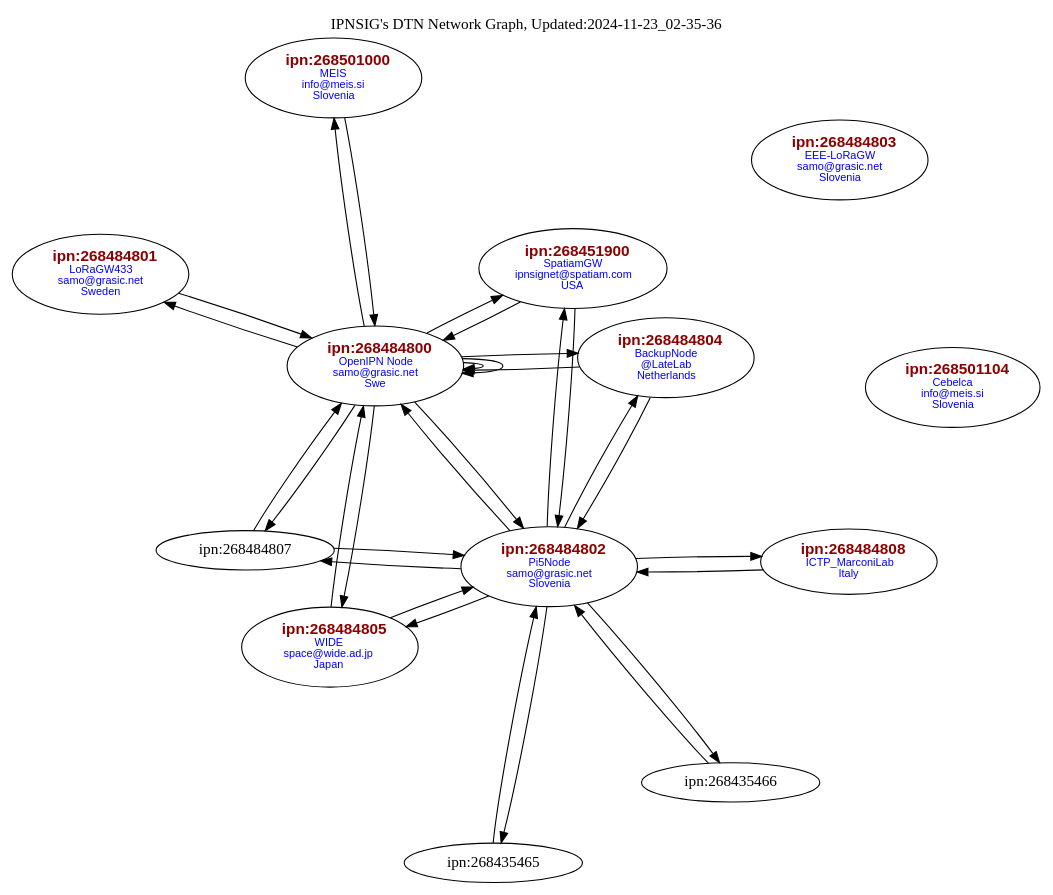
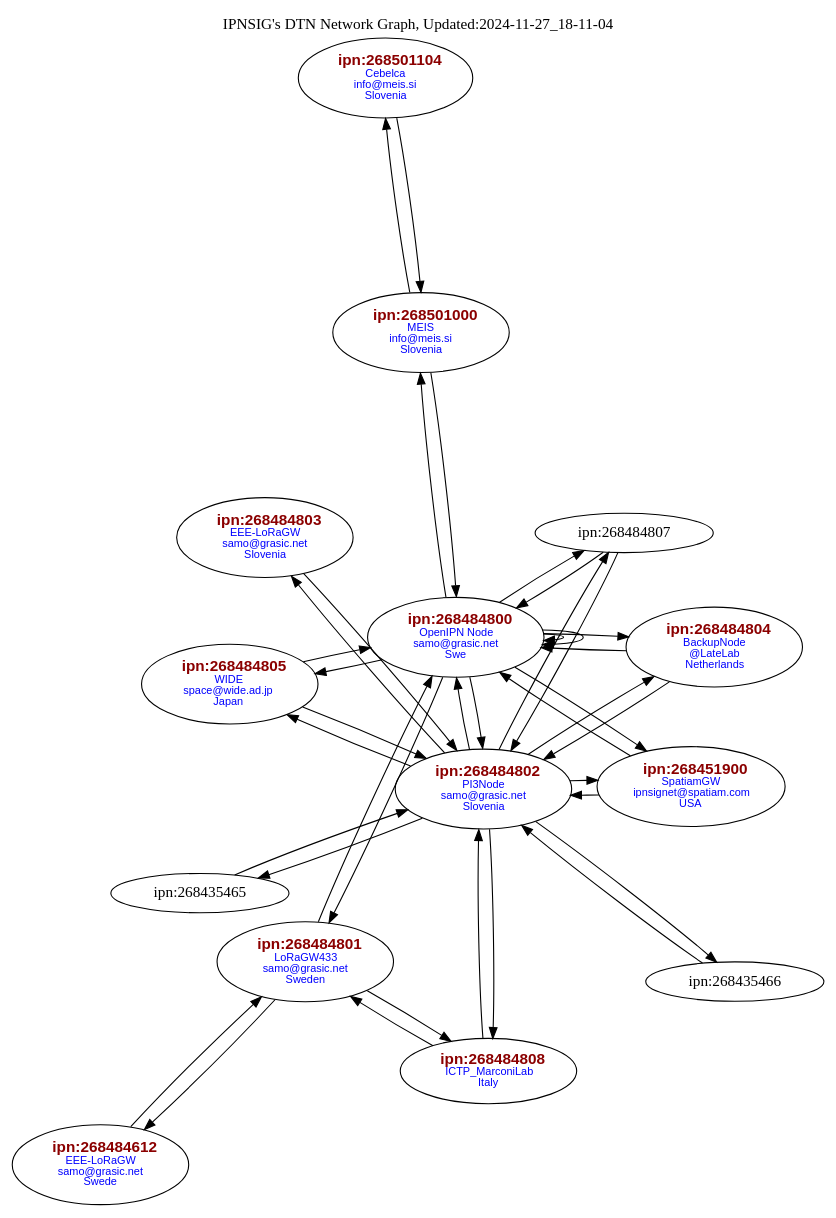
One commit to samograsic/ion-dtn-dtnex changed the diagram in contactGraph.gv. Above: the diagram before and after it, drawn with Graphviz. The commit also changed 5 other files, not shown here.

```diff
--- a/contactGraph.gv
+++ b/contactGraph.gv
@@ -1,42 +1,51 @@
 digraph G { layout=neato; overlap=false;
 "ipn:268484801" [label=< <FONT POINT-SIZE="14" FACE="Arial" COLOR="darkred"><B>ipn:268484801</B></FONT><BR/><FONT POINT-SIZE="10" FACE="Arial" COLOR="blue">LoRaGW433<br/>samo&#64;grasic&#46;net<br/>Sweden</FONT>>];
 "ipn:268484804" [label=< <FONT POINT-SIZE="14" FACE="Arial" COLOR="darkred"><B>ipn:268484804</B></FONT><BR/><FONT POINT-SIZE="10" FACE="Arial" COLOR="blue">BackupNode<br/>&#64;LateLab<br/>Netherlands</FONT>>];
-"ipn:268484802" [label=< <FONT POINT-SIZE="14" FACE="Arial" COLOR="darkred"><B>ipn:268484802</B></FONT><BR/><FONT POINT-SIZE="10" FACE="Arial" COLOR="blue">Pi5Node<br/>samo&#64;grasic&#46;net<br/>Slovenia</FONT>>];
+"ipn:268484802" [label=< <FONT POINT-SIZE="14" FACE="Arial" COLOR="darkred"><B>ipn:268484802</B></FONT><BR/><FONT POINT-SIZE="10" FACE="Arial" COLOR="blue">PI3Node<br/>samo&#64;grasic&#46;net<br/>Slovenia</FONT>>];
 "ipn:268484803" [label=< <FONT POINT-SIZE="14" FACE="Arial" COLOR="darkred"><B>ipn:268484803</B></FONT><BR/><FONT POINT-SIZE="10" FACE="Arial" COLOR="blue">EEE-LoRaGW<br/>samo&#64;grasic&#46;net<br/>Slovenia</FONT>>];
 "ipn:268501000" [label=< <FONT POINT-SIZE="14" FACE="Arial" COLOR="darkred"><B>ipn:268501000</B></FONT><BR/><FONT POINT-SIZE="10" FACE="Arial" COLOR="blue">MEIS<br/>info&#64;meis&#46;si<br/>Slovenia</FONT>>];
 "ipn:268501104" [label=< <FONT POINT-SIZE="14" FACE="Arial" COLOR="darkred"><B>ipn:268501104</B></FONT><BR/><FONT POINT-SIZE="10" FACE="Arial" COLOR="blue">Cebelca<br/>info&#64;meis&#46;si<br/>Slovenia</FONT>>];
 "ipn:268484808" [label=< <FONT POINT-SIZE="14" FACE="Arial" COLOR="darkred"><B>ipn:268484808</B></FONT><BR/><FONT POINT-SIZE="10" FACE="Arial" COLOR="blue">ICTP_MarconiLab<br/>Italy</FONT>>];
 "ipn:268451900" [label=< <FONT POINT-SIZE="14" FACE="Arial" COLOR="darkred"><B>ipn:268451900</B></FONT><BR/><FONT POINT-SIZE="10" FACE="Arial" COLOR="blue">SpatiamGW<br/>ipnsignet&#64;spatiam&#46;com<br/>USA</FONT>>];
 "ipn:268484805" [label=< <FONT POINT-SIZE="14" FACE="Arial" COLOR="darkred"><B>ipn:268484805</B></FONT><BR/><FONT POINT-SIZE="10" FACE="Arial" COLOR="blue">WIDE<br/> space&#64;wide&#46;ad&#46;jp<br/> Japan</FONT>>];
+"ipn:268484612" [label=< <FONT POINT-SIZE="14" FACE="Arial" COLOR="darkred"><B>ipn:268484612</B></FONT><BR/><FONT POINT-SIZE="10" FACE="Arial" COLOR="blue">EEE-LoRaGW<br/>samo&#64;grasic&#46;net<br/>Swede</FONT>>];
 "ipn:268484800" [label=< <FONT POINT-SIZE="14" FACE="Arial" COLOR="darkred"><B>ipn:268484800</B></FONT><BR/><FONT POINT-SIZE="10" FACE="Arial" COLOR="blue">OpenIPN Node<br/>samo&#64;grasic&#46;net<br/>Swe</FONT>>];
 "ipn:268435465" -> "ipn:268484802"
 "ipn:268435466" -> "ipn:268484802"
 "ipn:268451900" -> "ipn:268484800"
 "ipn:268451900" -> "ipn:268484802"
+"ipn:268484612" -> "ipn:268484801"
 "ipn:268484800" -> "ipn:268451900"
 "ipn:268484800" -> "ipn:268484800"
 "ipn:268484800" -> "ipn:268484800"
 "ipn:268484800" -> "ipn:268484801"
 "ipn:268484800" -> "ipn:268484802"
 "ipn:268484800" -> "ipn:268484804"
 "ipn:268484800" -> "ipn:268484805"
 "ipn:268484800" -> "ipn:268484807"
 "ipn:268484800" -> "ipn:268501000"
+"ipn:268484801" -> "ipn:268484612"
 "ipn:268484801" -> "ipn:268484800"
+"ipn:268484801" -> "ipn:268484808"
 "ipn:268484802" -> "ipn:268435465"
 "ipn:268484802" -> "ipn:268435466"
 "ipn:268484802" -> "ipn:268451900"
 "ipn:268484802" -> "ipn:268484800"
+"ipn:268484802" -> "ipn:268484803"
 "ipn:268484802" -> "ipn:268484804"
 "ipn:268484802" -> "ipn:268484805"
 "ipn:268484802" -> "ipn:268484807"
 "ipn:268484802" -> "ipn:268484808"
+"ipn:268484803" -> "ipn:268484802"
 "ipn:268484804" -> "ipn:268484800"
 "ipn:268484804" -> "ipn:268484802"
 "ipn:268484805" -> "ipn:268484800"
 "ipn:268484805" -> "ipn:268484802"
 "ipn:268484807" -> "ipn:268484800"
 "ipn:268484807" -> "ipn:268484802"
+"ipn:268484808" -> "ipn:268484801"
 "ipn:268484808" -> "ipn:268484802"
 "ipn:268501000" -> "ipn:268484800"
-labelloc="t"; label="IPNSIG's DTN Network Graph, Updated:2024-11-23_02-35-36"}
+"ipn:268501000" -> "ipn:268501104"
+"ipn:268501104" -> "ipn:268501000"
+labelloc="t"; label="IPNSIG's DTN Network Graph, Updated:2024-11-27_18-11-04"}
```
